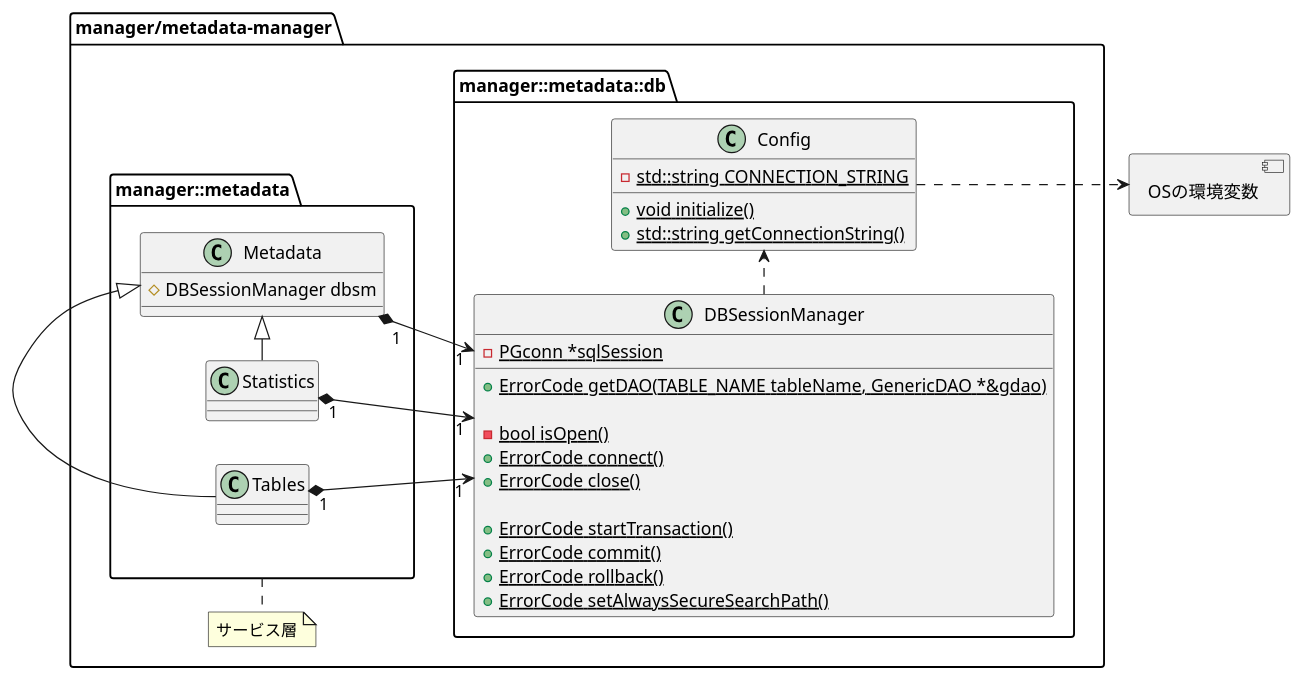
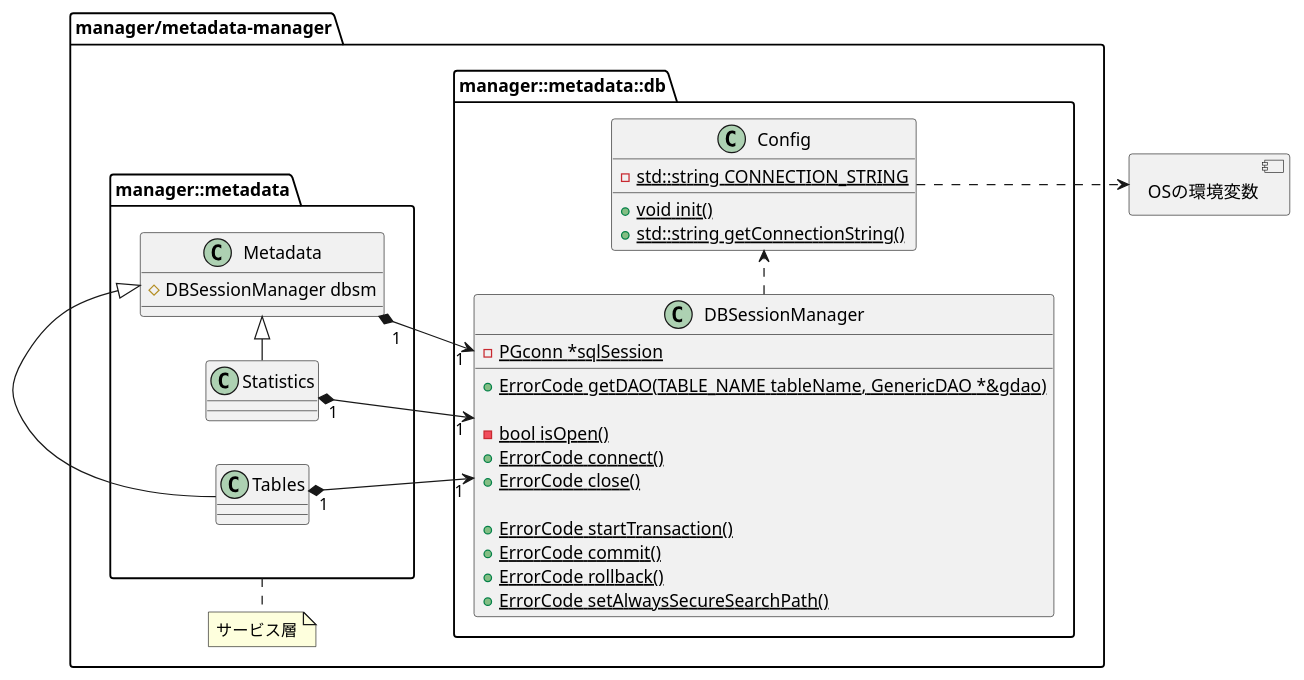
The fourth of 7 diagrams in metadata-manager/docs/statistic/02.FD/uml/ClassDiagram_detail.pu (project-tsurugi/metadata-manager), drawn with PlantUML before and after one commit. The commit also changed other lines of this file and 18 other files, not shown here.

Commit message:
Fix error code and Change method name connect() to initialize()

```diff
--- a/metadata-manager/docs/statistic/02.FD/uml/ClassDiagram_detail.pu
+++ b/metadata-manager/docs/statistic/02.FD/uml/ClassDiagram_detail.pu
@@ -166,61 +165,61 @@
 @startuml ClassDiagram_detail_dbsm
 left to right direction
 allowmixing
 
 package "manager/metadata-manager" {
   package manager::metadata as manager_metadata{
 
     class "Metadata" as Metadata {
       {field}#DBSessionManager dbsm
     }
     
     class Statistics {
     }
     
     class Tables{
     }
 
   }
   
   package manager::metadata::db{
   
     class "DBSessionManager" as DBSM {
       {field}-{static}PGconn *sqlSession
 
       {method}+{static}ErrorCode getDAO(TABLE_NAME tableName, GenericDAO *&gdao)
       {method}
       {method}-{static}bool isOpen()
       {method}+{static}ErrorCode connect()
       {method}+{static}ErrorCode close()
       {method}
       {method}+{static}ErrorCode startTransaction()
       {method}+{static}ErrorCode commit()
       {method}+{static}ErrorCode rollback()
       {method}+{static}ErrorCode setAlwaysSecureSearchPath()
     }
   
     class Config {
       {field}-{static}std::string CONNECTION_STRING
-      {method}+{static}void initialize()
+      {method}+{static}void init()
       {method}+{static}std::string getConnectionString()
     }
   }
   
   note bottom of manager_metadata
   サービス層
   end note
 
   Metadata "1" *--> "1" DBSM
   Tables "1" *--> "1" DBSM
   Statistics "1" *--> "1" DBSM
   Statistics -|> Metadata
   Tables -|> Metadata
   
   DBSM .> Config
 
 }
 
 component "OSの環境変数" as os
 Config ..> os
 
 @enduml
```
